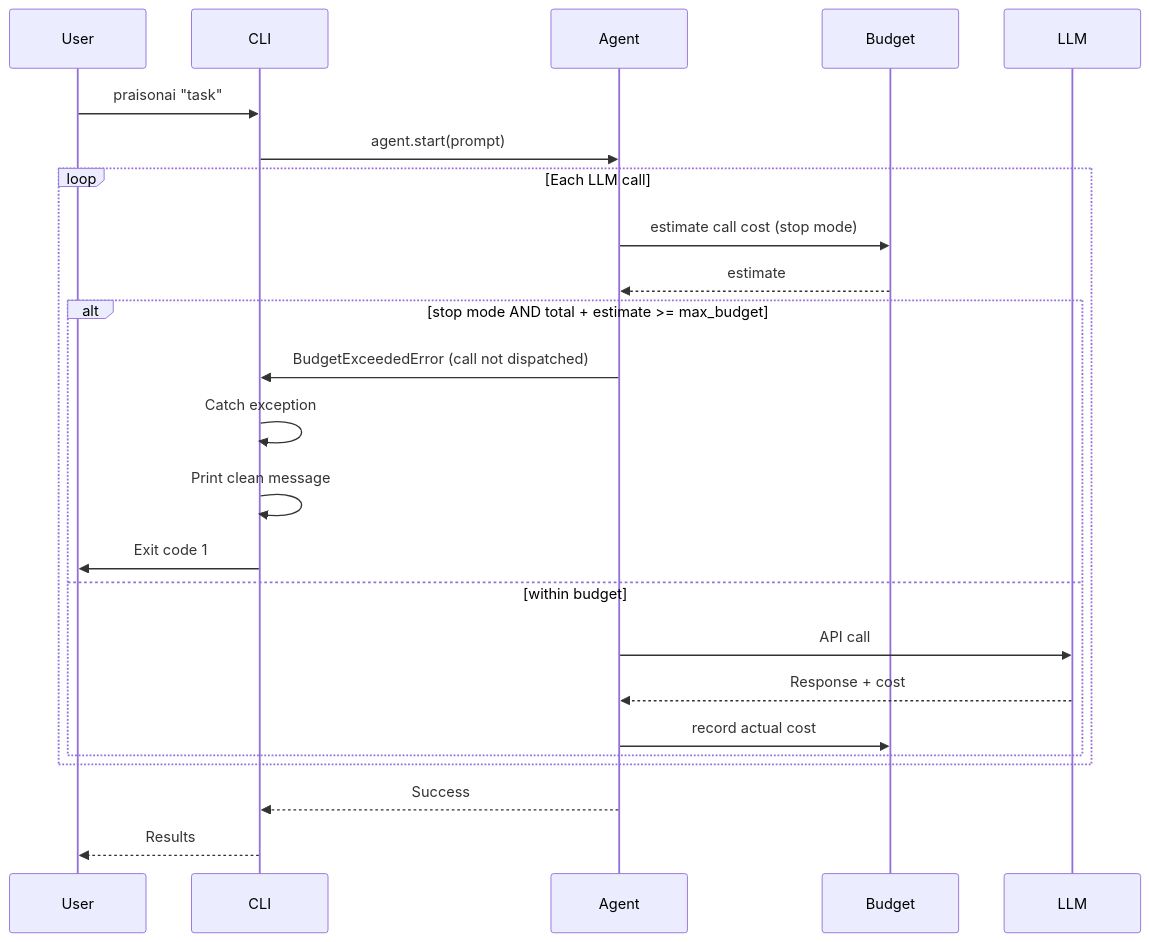
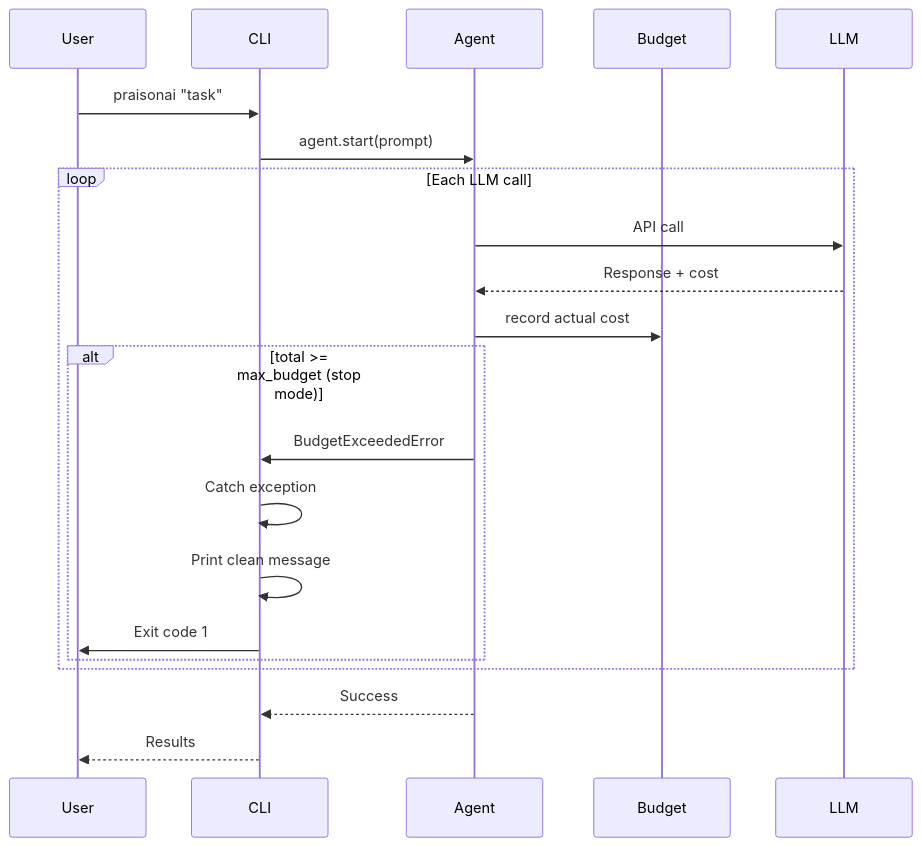
Before and after one commit to MervinPraison/PraisonAIDocs: the second of 2 diagrams in docs/features/cli-budget-handling.mdx, drawn with Mermaid. The commit also changed other lines of this file and 3 other files, not shown here.

First line of the commit message:
docs: fix budget enforcement docs to reflect post-call SDK behavior (fixes #928)

````diff
--- a/docs/features/cli-budget-handling.mdx
+++ b/docs/features/cli-budget-handling.mdx
@@ -83,27 +83,24 @@
 ```mermaid
 sequenceDiagram
     participant User
     participant CLI
     participant Agent
     participant Budget
     participant LLM
     
     User->>CLI: praisonai "task"
     CLI->>Agent: agent.start(prompt)
     loop Each LLM call
-        Agent->>Budget: estimate call cost (stop mode)
-        Budget-->>Agent: estimate
-        alt stop mode AND total + estimate >= max_budget
-            Agent->>CLI: BudgetExceededError (call not dispatched)
+        Agent->>LLM: API call
+        LLM-->>Agent: Response + cost
+        Agent->>Budget: record actual cost
+        alt total >= max_budget (stop mode)
+            Agent->>CLI: BudgetExceededError
             CLI->>CLI: Catch exception
             CLI->>CLI: Print clean message
             CLI->>User: Exit code 1
-        else within budget
-            Agent->>LLM: API call
-            LLM-->>Agent: Response + cost
-            Agent->>Budget: record actual cost
         end
     end
     Agent-->>CLI: Success
     CLI-->>User: Results
 ```
````
